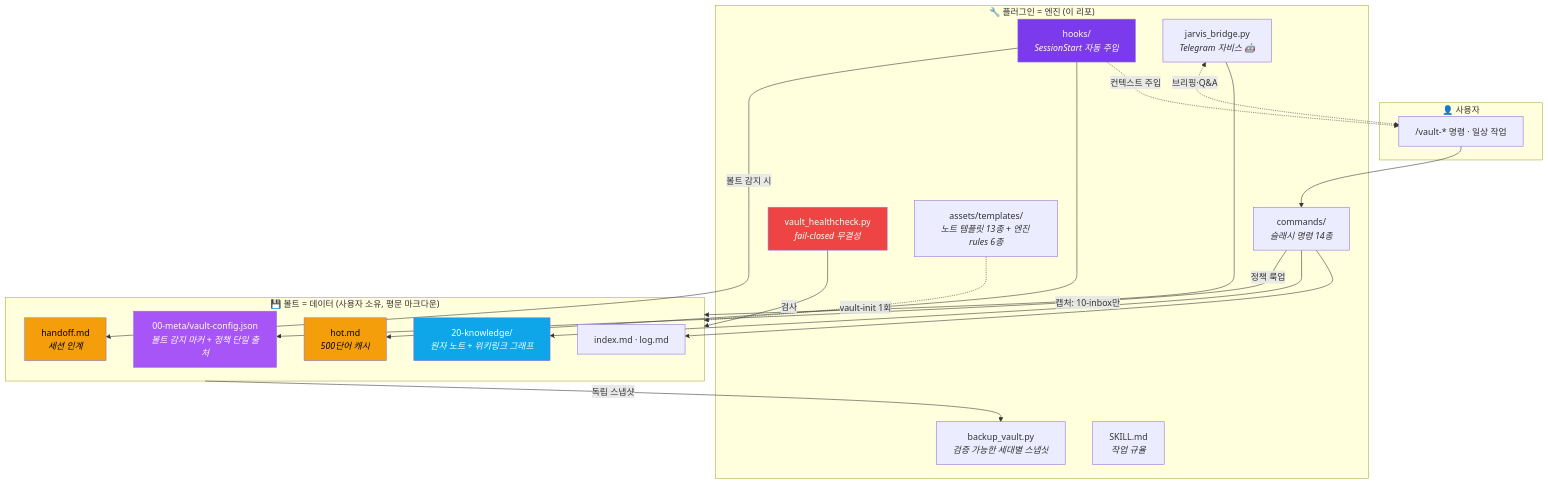
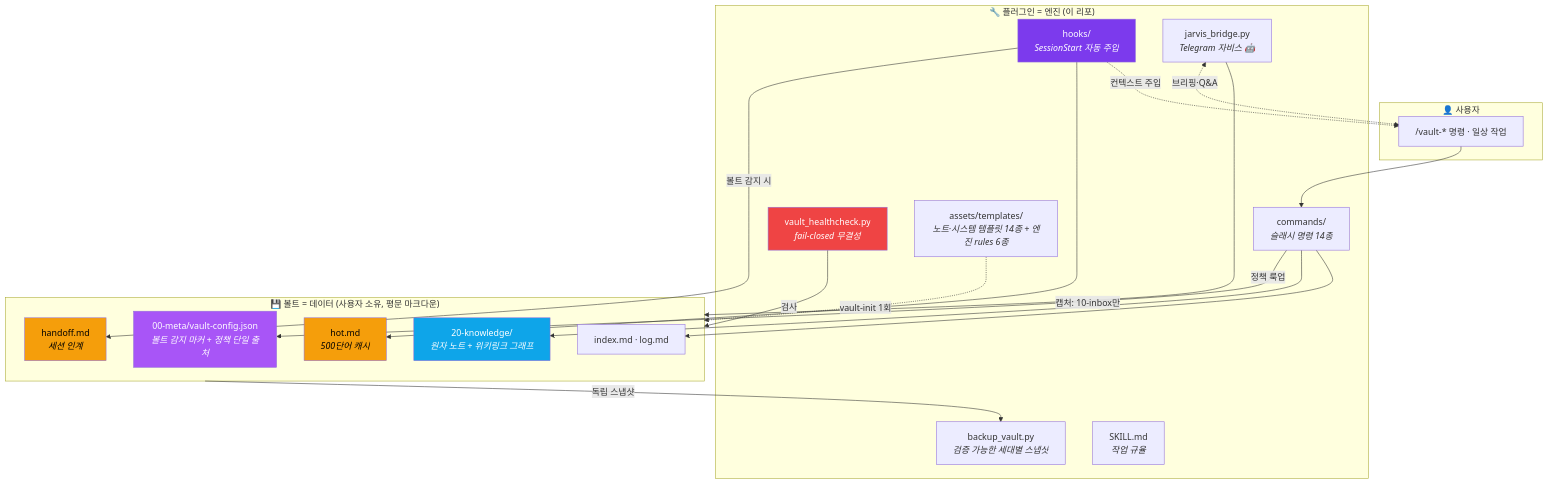
The second of 5 diagrams in README.md (Technoetic/agentic-vault), drawn with Mermaid before and after one commit. The commit also changed other lines of this file and 12 other files, not shown here.

````diff
--- a/README.md
+++ b/README.md
@@ -135,44 +175,44 @@
 ```mermaid
 flowchart TB
     subgraph user["👤 사용자"]
         U["/vault-* 명령 · 일상 작업"]
     end
 
     subgraph plugin["🔧 플러그인 = 엔진 (이 리포)"]
         CMD["commands/<br/><i>슬래시 명령 14종</i>"]
         HOOK["hooks/<br/><i>SessionStart 자동 주입</i>"]
         HC["vault_healthcheck.py<br/><i>fail-closed 무결성</i>"]
         BK["backup_vault.py<br/><i>검증 가능한 세대별 스냅샷</i>"]
         JB["jarvis_bridge.py<br/><i>Telegram 자비스 🤖</i>"]
-        TPL["assets/templates/<br/><i>노트 템플릿 13종 + 엔진 rules 6종</i>"]
+        TPL["assets/templates/<br/><i>노트·시스템 템플릿 14종 + 엔진 rules 6종</i>"]
         SK["SKILL.md<br/><i>작업 규율</i>"]
     end
 
     subgraph vault["💾 볼트 = 데이터 (사용자 소유, 평문 마크다운)"]
         CFG["00-meta/vault-config.json<br/><i>볼트 감지 마커 + 정책 단일 출처</i>"]
         HOT["hot.md<br/><i>500단어 캐시</i>"]
         HND["handoff.md<br/><i>세션 인계</i>"]
         IDX["index.md · log.md"]
         KNW["20-knowledge/<br/><i>원자 노트 + 위키링크 그래프</i>"]
     end
 
     U --> CMD
     TPL -.vault-init 1회.-> vault
     CMD -->|정책 룩업| CFG
     CMD --> KNW
     CMD --> IDX
     HOOK -->|볼트 감지 시| HND
     HOOK --> HOT
     HOOK -.컨텍스트 주입.-> U
     HC -->|검사| vault
     vault -->|독립 스냅샷| BK
     JB -->|캡처: 10-inbox만| vault
     JB <-.->|브리핑·Q&A| U
 
     style CFG fill:#A855F7,color:#fff
     style HOOK fill:#7C3AED,color:#fff
     style HC fill:#EF4444,color:#fff
     style HOT fill:#F59E0B,color:#000
     style HND fill:#F59E0B,color:#000
     style KNW fill:#0EA5E9,color:#fff
 ```
````
